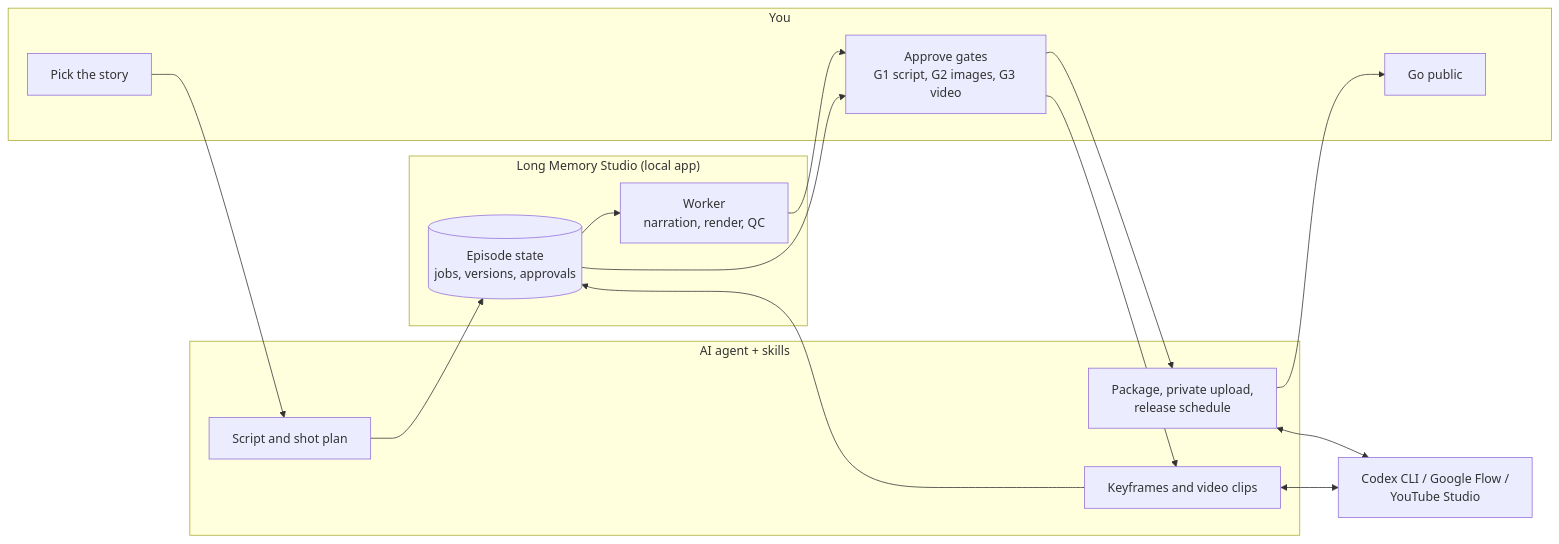
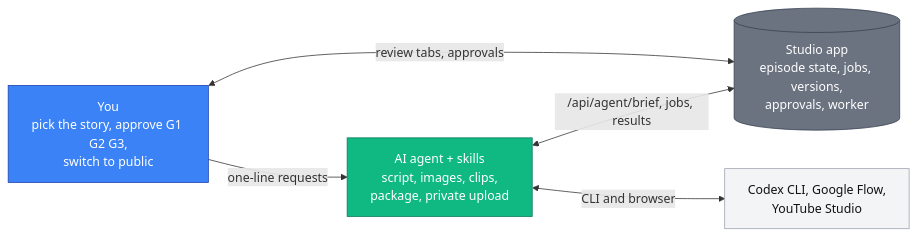
The first of 7 diagrams in README.md (ghddudxor12/long-memory-studio-public), drawn with Mermaid before and after one commit.

Commit message:
README: simpler overview diagram

````diff
--- a/README.md
+++ b/README.md
@@ -35,29 +35,15 @@
 ```mermaid
 flowchart LR
-  subgraph YOU["You"]
-    Y1["Pick the story"]
-    Y2["Approve gates<br/>G1 script, G2 images, G3 video"]
-    Y3["Go public"]
-  end
-  subgraph AGENT["AI agent + skills"]
-    A1["Script and shot plan"]
-    A2["Keyframes and video clips"]
-    A3["Package, private upload,<br/>release schedule"]
-  end
-  subgraph APP["Long Memory Studio (local app)"]
-    S[("Episode state<br/>jobs, versions, approvals")]
-    W["Worker<br/>narration, render, QC"]
-  end
-  X["Codex CLI / Google Flow /<br/>YouTube Studio"]
-  Y1 --> A1
-  A1 --> S
-  S --> Y2
-  Y2 --> A2
-  A2 <--> X
-  A2 --> S
-  S --> W
-  W --> Y2
-  Y2 --> A3
-  A3 <--> X
-  A3 --> Y3
+  You["You<br/>pick the story, approve G1 G2 G3,<br/>switch to public"]:::you
+  Agent["AI agent + skills<br/>script, images, clips,<br/>package, private upload"]:::agent
+  App[("Studio app<br/>episode state, jobs, versions,<br/>approvals, worker")]:::app
+  Ext["Codex CLI, Google Flow,<br/>YouTube Studio"]:::ext
+  You -->|"one-line requests"| Agent
+  You <-->|"review tabs, approvals"| App
+  Agent <-->|"/api/agent/brief, jobs, results"| App
+  Agent <-->|"CLI and browser"| Ext
+  classDef you fill:#3b82f6,color:#fff,stroke:#1e40af
+  classDef agent fill:#10b981,color:#fff,stroke:#047857
+  classDef app fill:#6b7280,color:#fff,stroke:#374151
+  classDef ext fill:#f3f4f6,color:#111,stroke:#9ca3af
 ```
````
